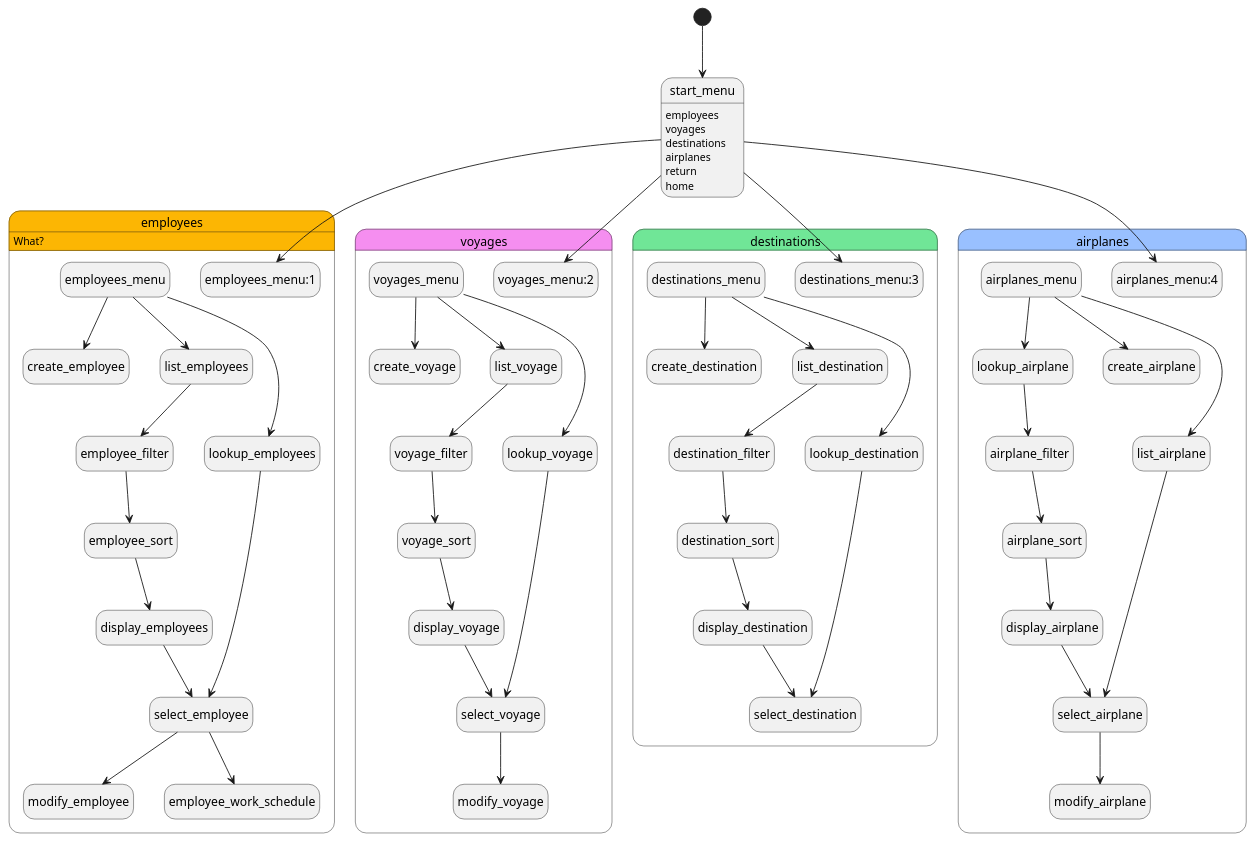
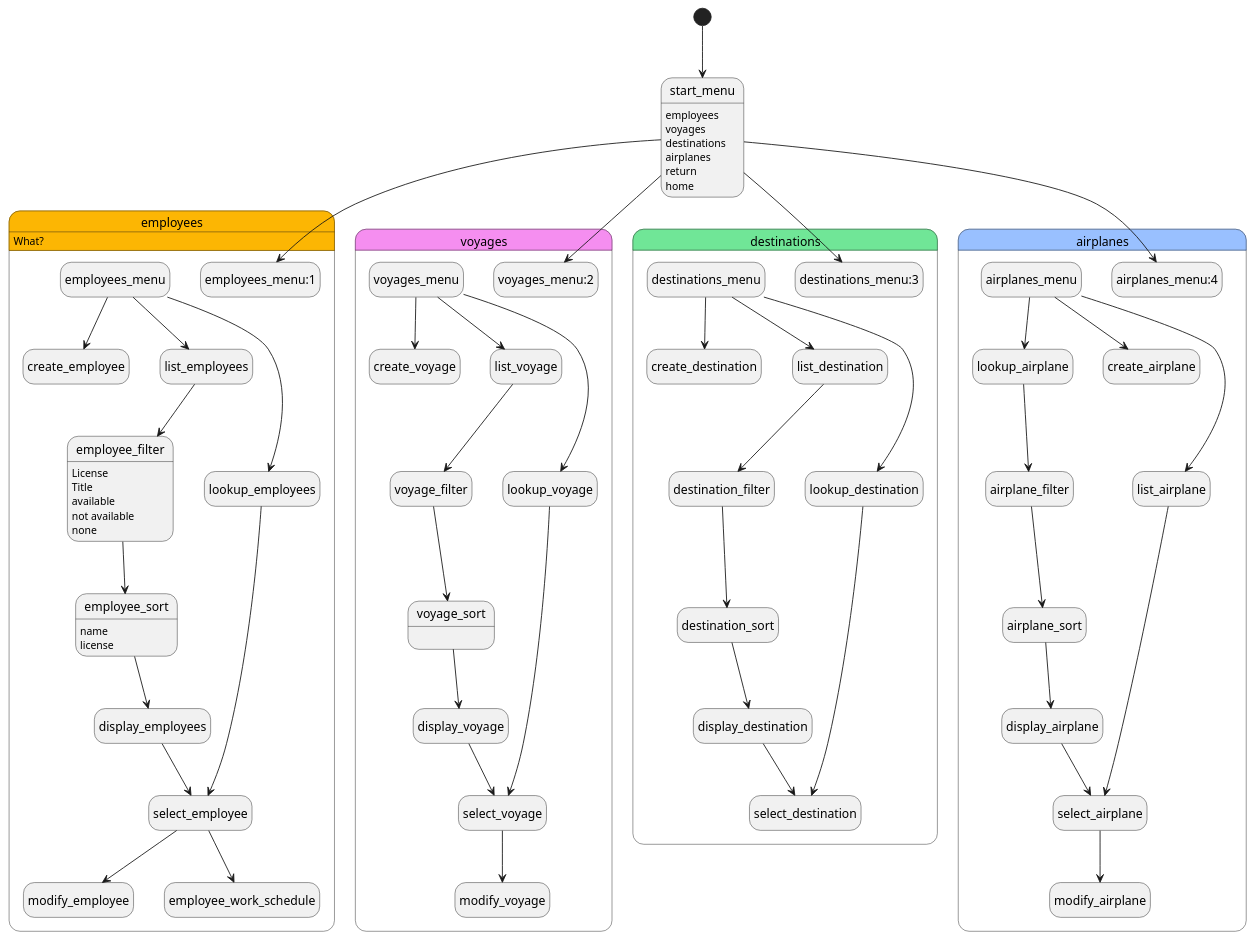
Before and after one commit to irmalexandra/vln1_chuck_nan: the diagram in state_diagrams/the_whole_kabang.puml, drawn with PlantUML. The commit also changed 1 other file, not shown here.

```diff
--- a/state_diagrams/the_whole_kabang.puml
+++ b/state_diagrams/the_whole_kabang.puml
@@ -1,103 +1,111 @@
 @startuml all of it 
 hide empty description
 [*] --> start_menu
 start_menu:employees
 start_menu:voyages
 start_menu:destinations
 start_menu:airplanes
 start_menu:return
 start_menu:home
 ' -------------------------------------------------------------------------
 ' -------------------------------------------------------------------------
 state employees #fcb603{
     start_menu --> employees_menu:1
 
     employees_menu --> create_employee
 
     employees_menu --> list_employees
     list_employees --> employee_filter
+    employee_filter: License
+    employee_filter: Title 
+    employee_filter: available 
+    employee_filter:not available 
+    employee_filter:none
     employee_filter --> employee_sort
+    employee_sort:name
+    employee_sort:license
     employee_sort --> display_employees
     display_employees --> select_employee
 
     employees_menu --> lookup_employees
     lookup_employees --> select_employee
     select_employee --> modify_employee
     select_employee --> employee_work_schedule
 
 }
 employees:What? 
 
 
 
 ' -------------------------------------------------------------------------
 ' -------------------------------------------------------------------------
 state voyages #f58ef0 {
     start_menu --> voyages_menu:2
     voyages_menu --> create_voyage
 
     voyages_menu --> list_voyage
     list_voyage --> voyage_filter
     voyage_filter --> voyage_sort
+    voyage_sort:
     voyage_sort --> display_voyage
     display_voyage --> select_voyage
 
     select_voyage --> modify_voyage
 
     voyages_menu --> lookup_voyage
     lookup_voyage --> select_voyage
 }
 
 
 
 ' -------------------------------------------------------------------------
 ' -------------------------------------------------------------------------
 
 state destinations #70e697 {
     start_menu --> destinations_menu:3
 
     destinations_menu --> create_destination
 
     destinations_menu --> list_destination
     list_destination --> destination_filter
     destination_filter --> destination_sort
     destination_sort --> display_destination
 
     display_destination --> select_destination
 
     destinations_menu --> lookup_destination
     lookup_destination --> select_destination
 }
 
 
 
 ' -------------------------------------------------------------------------
 ' -------------------------------------------------------------------------
 
 state airplanes #99c0ff {
     start_menu --> airplanes_menu:4
 
     airplanes_menu --> lookup_airplane
     lookup_airplane --> airplane_filter
 
 
     airplane_filter --> airplane_sort
     airplane_sort --> display_airplane
     display_airplane --> select_airplane
     select_airplane --> modify_airplane
 
     airplanes_menu --> create_airplane
 
     airplanes_menu --> list_airplane
     list_airplane --> select_airplane
 }
 
 
 ' -------------------------------------------------------------------------
 ' -------------------------------------------------------------------------
 
 
 
 
 
 @enduml
```
